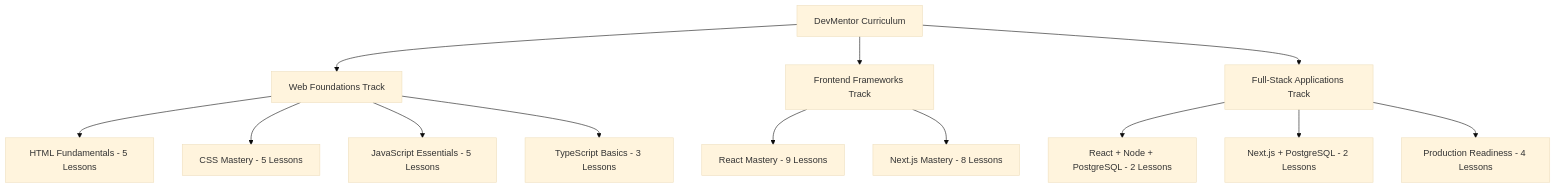
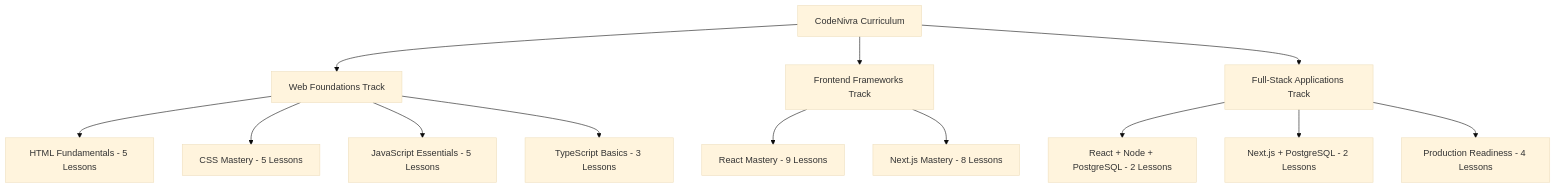
One commit to anilpulijala26/devmentor changed the first of 2 diagrams in curriculum_audit.md. Above: the diagram before and after it, drawn with Mermaid (base theme). The commit also changed other lines of this file and 38 other files, not shown here.

````diff
--- a/curriculum_audit.md
+++ b/curriculum_audit.md
@@ -13,18 +13,18 @@
 ```mermaid
 graph TD
-    A[DevMentor Curriculum] --> B[Web Foundations Track]
+    A[CodeNivra Curriculum] --> B[Web Foundations Track]
     A --> C[Frontend Frameworks Track]
     A --> D[Full-Stack Applications Track]
 
     B --> B1[HTML Fundamentals - 5 Lessons]
     B --> B2[CSS Mastery - 5 Lessons]
     B --> B3[JavaScript Essentials - 5 Lessons]
     B --> B4[TypeScript Basics - 3 Lessons]
 
     C --> C1[React Mastery - 9 Lessons]
     C --> C2[Next.js Mastery - 8 Lessons]
 
     D --> D1[React + Node + PostgreSQL - 2 Lessons]
     D --> D2[Next.js + PostgreSQL - 2 Lessons]
     D --> D3[Production Readiness - 4 Lessons]
 ```
````
